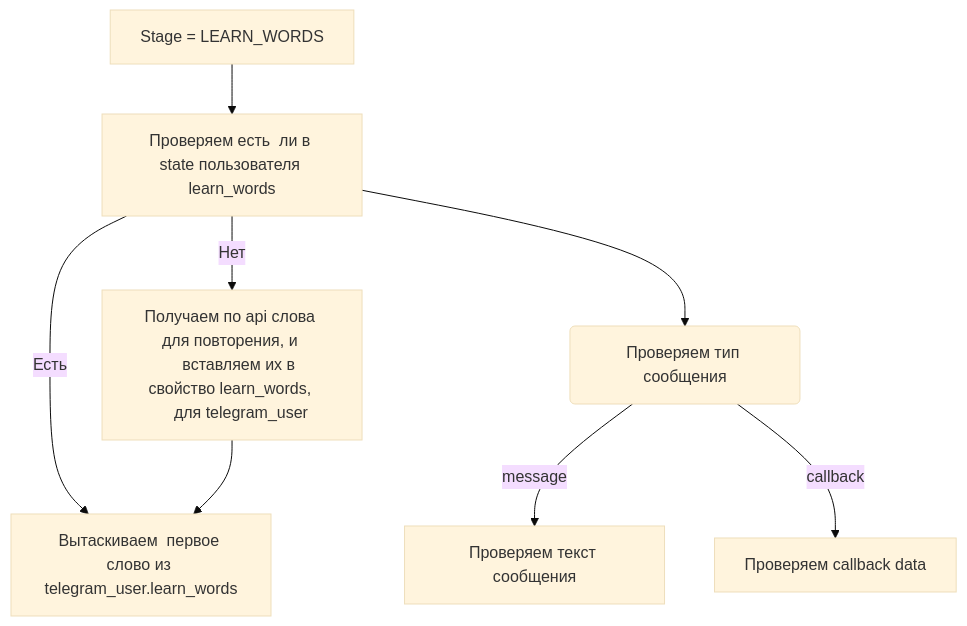
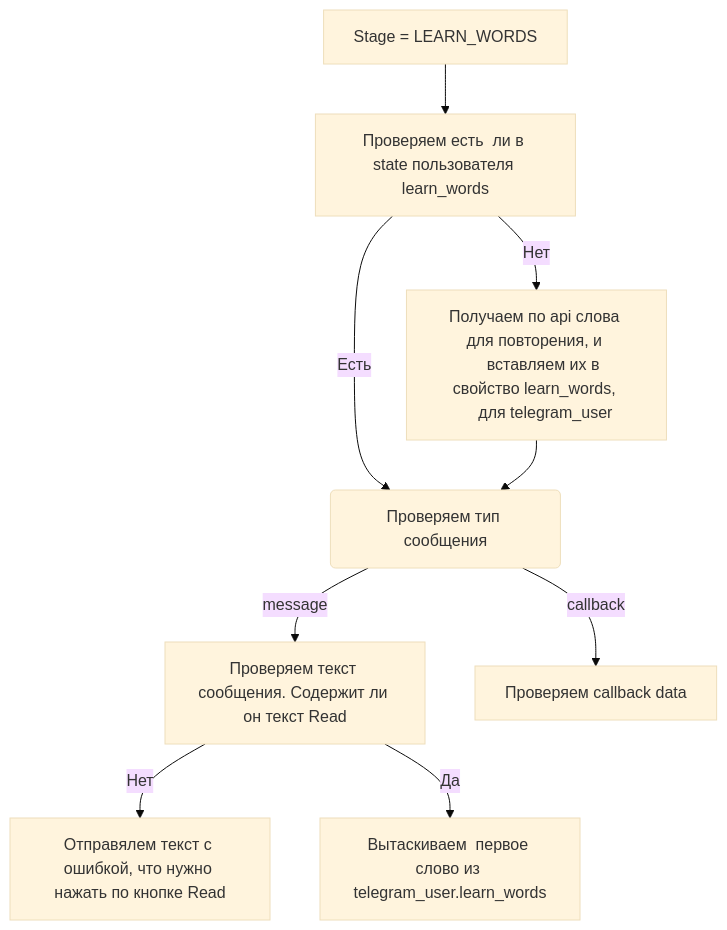
One commit to psgaiduk/learning_en_telegram_bot changed the diagram in documentation/leran_words.md. Above: the diagram before and after it, drawn with Mermaid (base theme).

Commit message:
docs(documentation): add work after check text in message

````diff
--- a/documentation/leran_words.md
+++ b/documentation/leran_words.md
@@ -1,14 +1,15 @@
 ```mermaid
 graph TD;
     start[Stage = LEARN_WORDS] --> check_state_words[Проверяем есть  ли в state пользователя learn_words];
     check_state_words-->|Нет| dont_have_words[
     Получаем по api слова для повторения, и 
     вставляем их в свойство learn_words, 
     для telegram_user
     ]
-    check_state_words --> check_type_message(Проверяем тип сообщения)
-    check_state_words -->|Есть| get_first_word[Вытаскиваем  первое слово из telegram_user.learn_words]
-    dont_have_words --> get_first_word
-    check_type_message --> |message| message_type_message[Проверяем текст сообщения]
+    check_state_words --> |Есть| check_type_message(Проверяем тип сообщения)
+    dont_have_words --> check_type_message
+    check_type_message --> |message| message_type_message[Проверяем текст сообщения. Содержит ли он текст Read]
     check_type_message --> |callback| message_type_callback[Проверяем callback data]
+    message_type_message --> |Нет| wrong_text_message[Отправялем текст с ошибкой, что нужно нажать по кнопке Read]
+    message_type_message --> |Да| get_first_word[Вытаскиваем  первое слово из telegram_user.learn_words]
 ```
````
